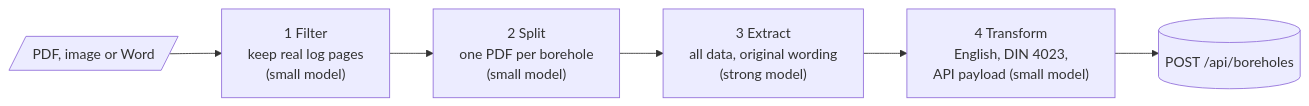
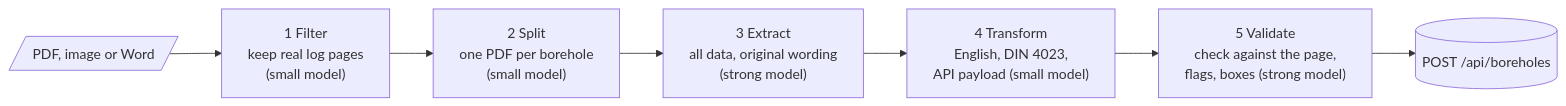
One commit to t-kelsey/smart-automation changed the second of 2 diagrams in README.md. Above: the diagram before and after it, drawn with Mermaid. The commit also changed other lines of this file and 93 other files, not shown here.

````diff
--- a/README.md
+++ b/README.md
@@ -80,8 +82,9 @@
 ```mermaid
 flowchart LR
     doc[/"PDF, image or Word"/] --> filter
     filter["1 Filter<br/>keep real log pages<br/>(small model)"] --> split
     split["2 Split<br/>one PDF per borehole<br/>(small model)"] --> extract
     extract["3 Extract<br/>all data, original wording<br/>(strong model)"] --> transform
-    transform["4 Transform<br/>English, DIN 4023,<br/>API payload (small model)"] --> store[("POST /api/boreholes")]
+    transform["4 Transform<br/>English, DIN 4023,<br/>API payload (small model)"] --> validate
+    validate["5 Validate<br/>check against the page,<br/>flags, boxes (strong model)"] --> store[("POST /api/boreholes")]
 ```
````
